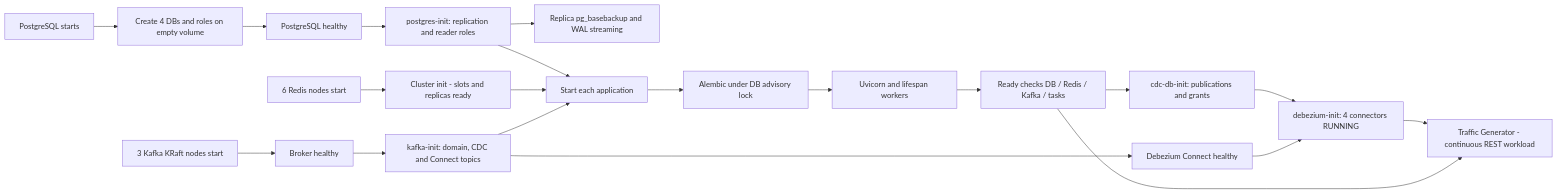
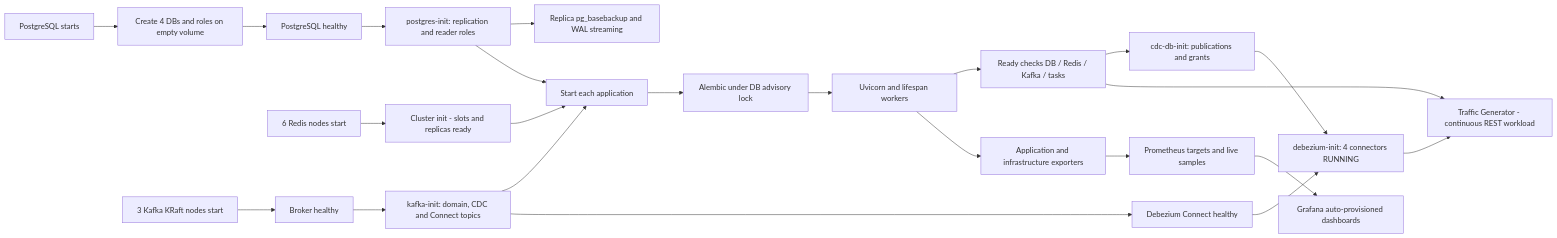
Before and after one commit to Huy-8bit/interview: the fourth of 5 diagrams in lab/docs/SYSTEM_DESIGN.md, drawn with Mermaid. The commit also changed other lines of this file and 141 other files, not shown here.

````diff
--- a/lab/docs/SYSTEM_DESIGN.md
+++ b/lab/docs/SYSTEM_DESIGN.md
@@ -168,23 +169,26 @@
 ```mermaid
 flowchart LR
     %% diagram: startup-dependencies
     postgres["PostgreSQL starts"] --> dbInit["Create 4 DBs and roles on empty volume"]
     dbInit --> pgReady["PostgreSQL healthy"]
     redis["6 Redis nodes start"] --> redisReady["Cluster init - slots and replicas ready"]
     kafka["3 Kafka KRaft nodes start"] --> brokerReady["Broker healthy"]
     brokerReady --> topicInit["kafka-init: domain, CDC and Connect topics"]
     pgReady --> replicationInit["postgres-init: replication and reader roles"]
     replicationInit --> replica["Replica pg_basebackup and WAL streaming"]
     replicationInit --> appStart["Start each application"]
     redisReady --> appStart
     topicInit --> appStart
     appStart --> migration["Alembic under DB advisory lock"]
     migration --> api["Uvicorn and lifespan workers"]
     api --> readiness["Ready checks DB / Redis / Kafka / tasks"]
     readiness --> cdcInit["cdc-db-init: publications and grants"]
     topicInit --> connect["Debezium Connect healthy"]
     cdcInit --> register["debezium-init: 4 connectors RUNNING"]
     connect --> register
     register --> traffic["Traffic Generator - continuous REST workload"]
+    api --> metrics["Application and infrastructure exporters"]
+    metrics --> prometheus["Prometheus targets and live samples"]
+    prometheus --> grafana["Grafana auto-provisioned dashboards"]
     readiness --> traffic
 ```
````
